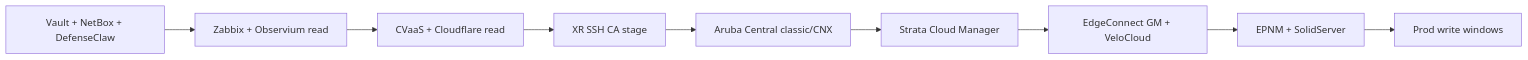
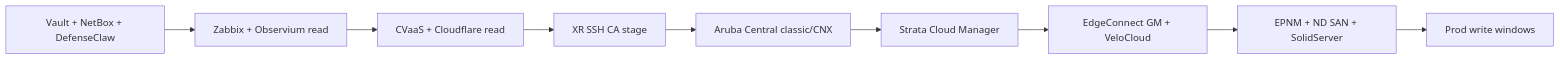
Before and after one commit to j-munroe/NetClaw-Production-Install-Guide: the second of 2 diagrams in docs/PRODUCTION_ENVIRONMENTS.md, drawn with Mermaid. The commit also changed other lines of this file and 6 other files, not shown here.

````diff
--- a/docs/PRODUCTION_ENVIRONMENTS.md
+++ b/docs/PRODUCTION_ENVIRONMENTS.md
@@ -227,11 +276,11 @@
 ```mermaid
 flowchart LR
   A[Vault + NetBox + DefenseClaw] --> B[Zabbix + Observium read]
   B --> C[CVaaS + Cloudflare read]
   C --> D[XR SSH CA stage]
   D --> E[Aruba Central classic/CNX]
   E --> F[Strata Cloud Manager]
   F --> G[EdgeConnect GM + VeloCloud]
-  G --> H[EPNM + SolidServer]
+  G --> H[EPNM + ND SAN + SolidServer]
   H --> I[Prod write windows]
 ```
````
